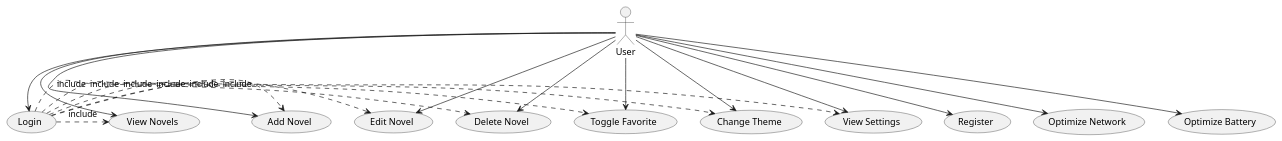
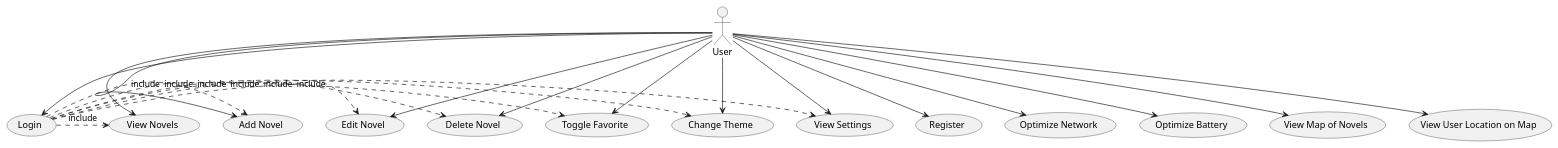
The diagram in app/src/main/java/uml/Diagrama-CasosDeUso.puml (MarckosBilbo/Feedback1-AplicaciondeGestiondeNovelass), drawn with PlantUML before and after one commit.

Commit message:
Update Diagrama-CasosDeUso.puml
DIAGRAMA CASOS DE USO

```diff
--- a/app/src/main/java/uml/Diagrama-CasosDeUso.puml
+++ b/app/src/main/java/uml/Diagrama-CasosDeUso.puml
@@ -1,36 +1,39 @@
 @startuml
 actor User
 
 usecase "Login" as UC1
 usecase "Register" as UC2
 usecase "View Novels" as UC3
 usecase "Add Novel" as UC4
 usecase "Edit Novel" as UC5
 usecase "Delete Novel" as UC6
 usecase "Toggle Favorite" as UC7
 usecase "Change Theme" as UC8
 usecase "View Settings" as UC9
 usecase "Optimize Network" as UC10
 usecase "Optimize Battery" as UC11
+usecase "View Map of Novels" as UC12
+usecase "View User Location on Map" as UC13
 
 User --> UC1
 User --> UC2
 User --> UC3
 User --> UC4
 User --> UC5
 User --> UC6
 User --> UC7
 User --> UC8
 User --> UC9
 User --> UC10
 User --> UC11
-
+User --> UC12
+User --> UC13
 
 UC1 .> UC3 : include
 UC1 .> UC4 : include
 UC1 .> UC5 : include
 UC1 .> UC6 : include
 UC1 .> UC7 : include
 UC1 .> UC8 : include
 UC1 .> UC9 : include
 @enduml
```
